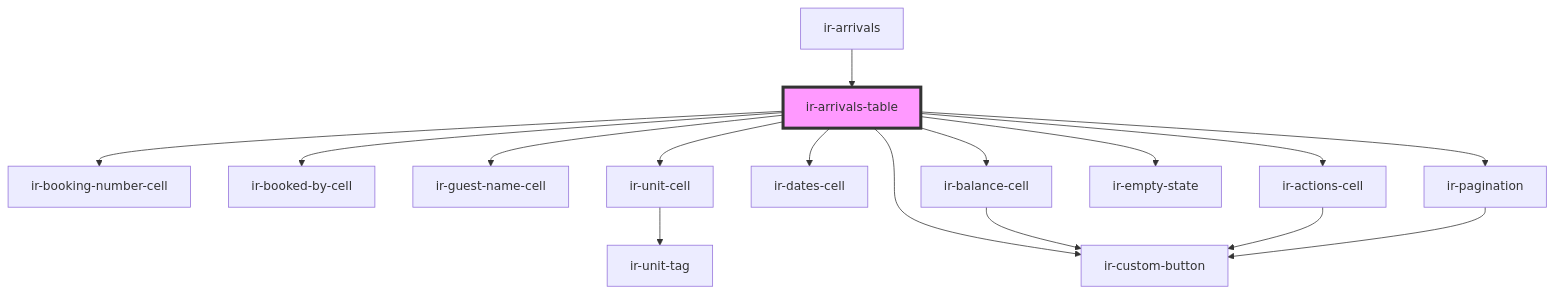
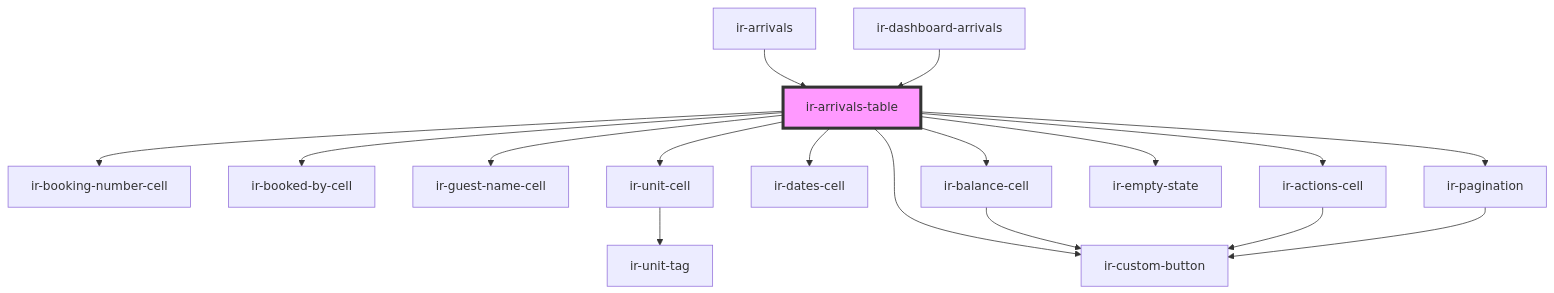
Before and after one commit to RonyRizk/ir-webcmp: the diagram in src/components/ir-arrivals/ir-arrivals-table/readme.md, drawn with Mermaid. The commit also changed other lines of this file and 76 other files, not shown here.

````diff
--- a/src/components/ir-arrivals/ir-arrivals-table/readme.md
+++ b/src/components/ir-arrivals/ir-arrivals-table/readme.md
@@ -37,19 +46,20 @@
 ```mermaid
 graph TD;
   ir-arrivals-table --> ir-booking-number-cell
   ir-arrivals-table --> ir-booked-by-cell
   ir-arrivals-table --> ir-guest-name-cell
   ir-arrivals-table --> ir-unit-cell
   ir-arrivals-table --> ir-dates-cell
   ir-arrivals-table --> ir-balance-cell
   ir-arrivals-table --> ir-actions-cell
+  ir-arrivals-table --> ir-empty-state
   ir-arrivals-table --> ir-custom-button
-  ir-arrivals-table --> ir-empty-state
   ir-arrivals-table --> ir-pagination
   ir-unit-cell --> ir-unit-tag
   ir-balance-cell --> ir-custom-button
   ir-actions-cell --> ir-custom-button
   ir-pagination --> ir-custom-button
   ir-arrivals --> ir-arrivals-table
+  ir-dashboard-arrivals --> ir-arrivals-table
   style ir-arrivals-table fill:#f9f,stroke:#333,stroke-width:4px
 ```
````
